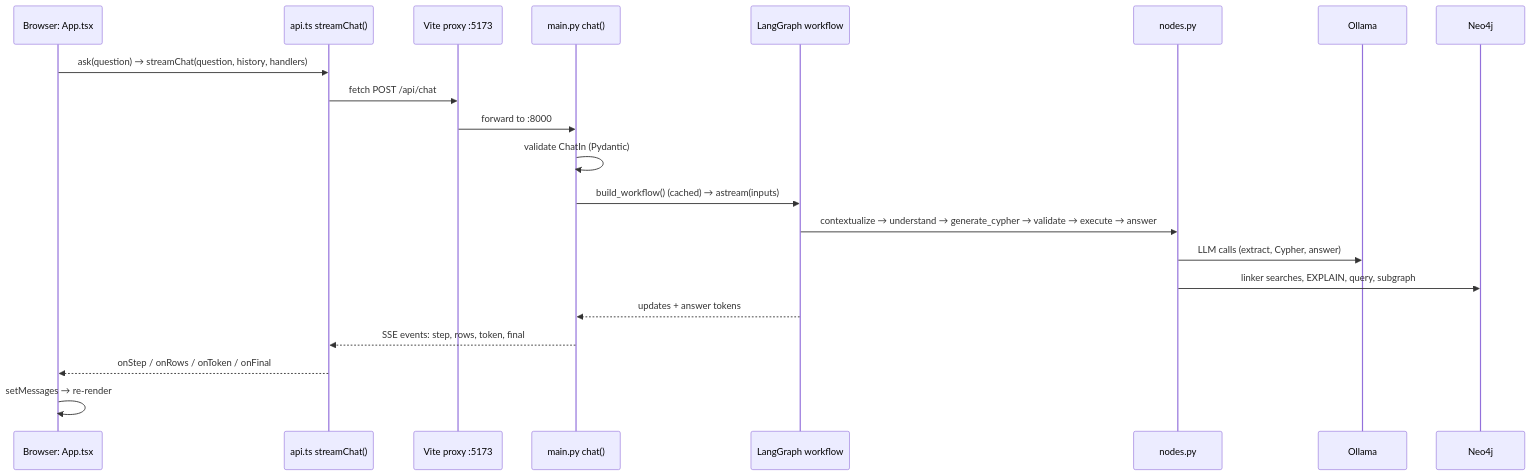
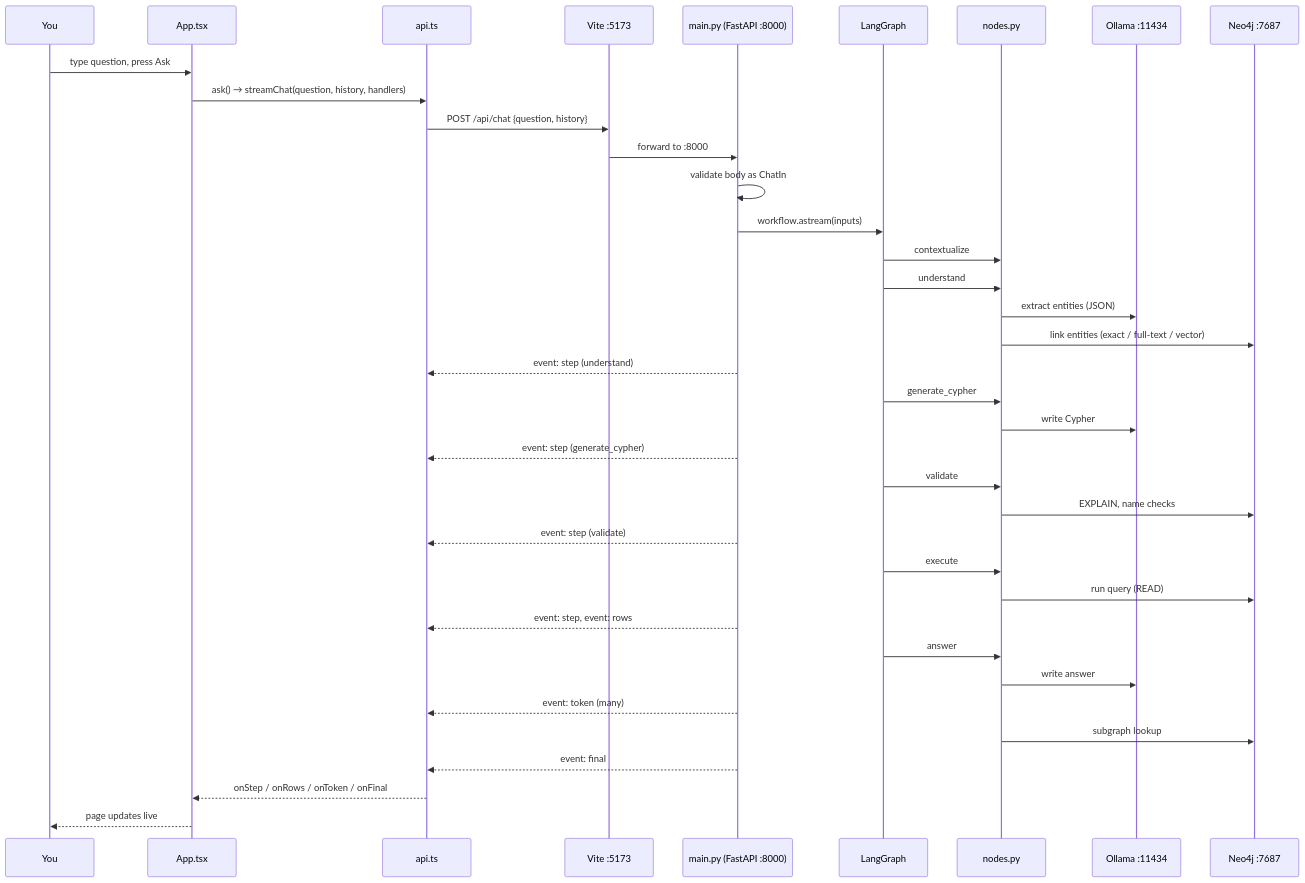
One commit to praneethnarayanan2002-lab/medigraph-llm-rag changed the third of 6 diagrams in docs/flow.md. Above: the diagram before and after it, drawn with Mermaid. The commit also changed other lines of this file, not shown here.

Commit message:
Rewrite flow doc: explain the basics first, then trace every step in detail

````diff
--- a/docs/flow.md
+++ b/docs/flow.md
@@ -221,24 +610,40 @@
 ```mermaid
 sequenceDiagram
-    participant B as Browser: App.tsx
-    participant S as api.ts streamChat()
-    participant V as Vite proxy :5173
-    participant F as main.py chat()
-    participant W as LangGraph workflow
+    participant U as You
+    participant A as App.tsx
+    participant S as api.ts
+    participant V as Vite :5173
+    participant F as main.py (FastAPI :8000)
+    participant W as LangGraph
     participant N as nodes.py
-    participant O as Ollama
-    participant D as Neo4j
+    participant O as Ollama :11434
+    participant D as Neo4j :7687
 
-    B->>S: ask(question) → streamChat(question, history, handlers)
-    S->>V: fetch POST /api/chat
+    U->>A: type question, press Ask
+    A->>S: ask() → streamChat(question, history, handlers)
+    S->>V: POST /api/chat {question, history}
     V->>F: forward to :8000
-    F->>F: validate ChatIn (Pydantic)
-    F->>W: build_workflow() (cached) → astream(inputs)
-    W->>N: contextualize → understand → generate_cypher → validate → execute → answer
-    N->>O: LLM calls (extract, Cypher, answer)
-    N->>D: linker searches, EXPLAIN, query, subgraph
-    W-->>F: updates + answer tokens
-    F-->>S: SSE events: step, rows, token, final
-    S-->>B: onStep / onRows / onToken / onFinal
-    B->>B: setMessages → re-render
+    F->>F: validate body as ChatIn
+    F->>W: workflow.astream(inputs)
+    W->>N: contextualize
+    W->>N: understand
+    N->>O: extract entities (JSON)
+    N->>D: link entities (exact / full-text / vector)
+    F-->>S: event: step (understand)
+    W->>N: generate_cypher
+    N->>O: write Cypher
+    F-->>S: event: step (generate_cypher)
+    W->>N: validate
+    N->>D: EXPLAIN, name checks
+    F-->>S: event: step (validate)
+    W->>N: execute
+    N->>D: run query (READ)
+    F-->>S: event: step, event: rows
+    W->>N: answer
+    N->>O: write answer
+    F-->>S: event: token (many)
+    N->>D: subgraph lookup
+    F-->>S: event: final
+    S-->>A: onStep / onRows / onToken / onFinal
+    A-->>U: page updates live
 ```
````
